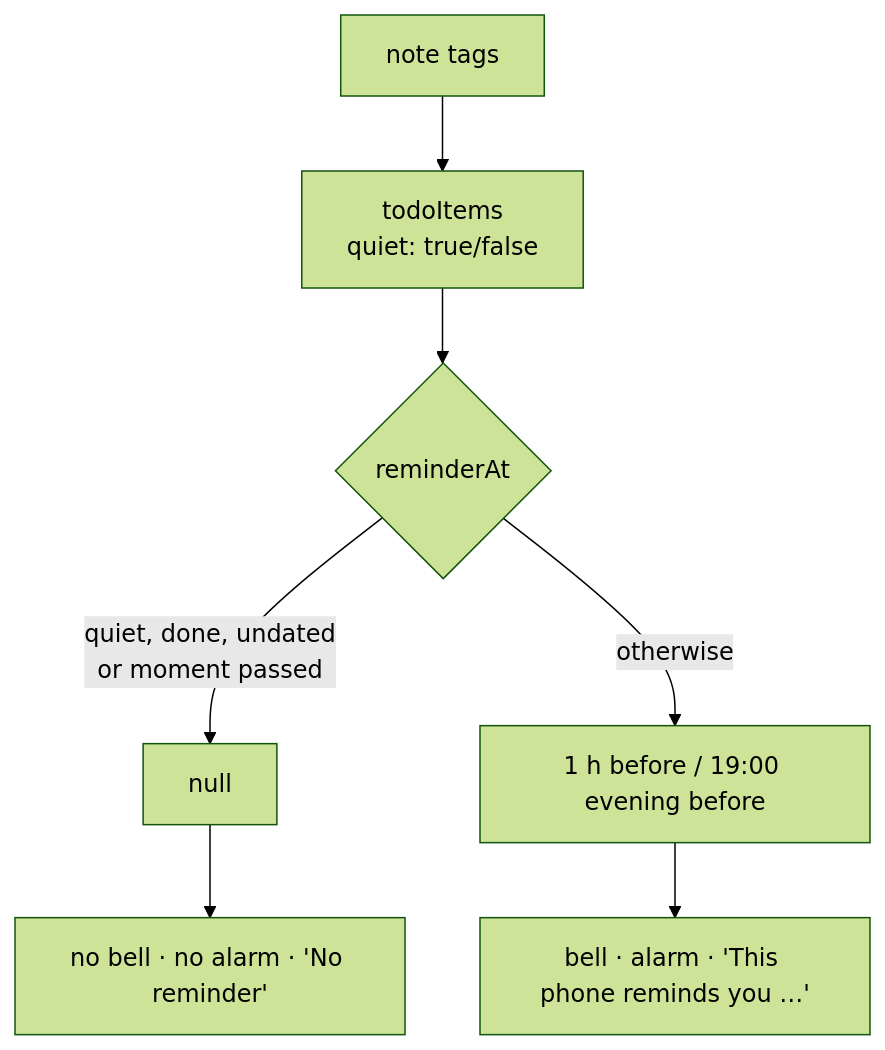
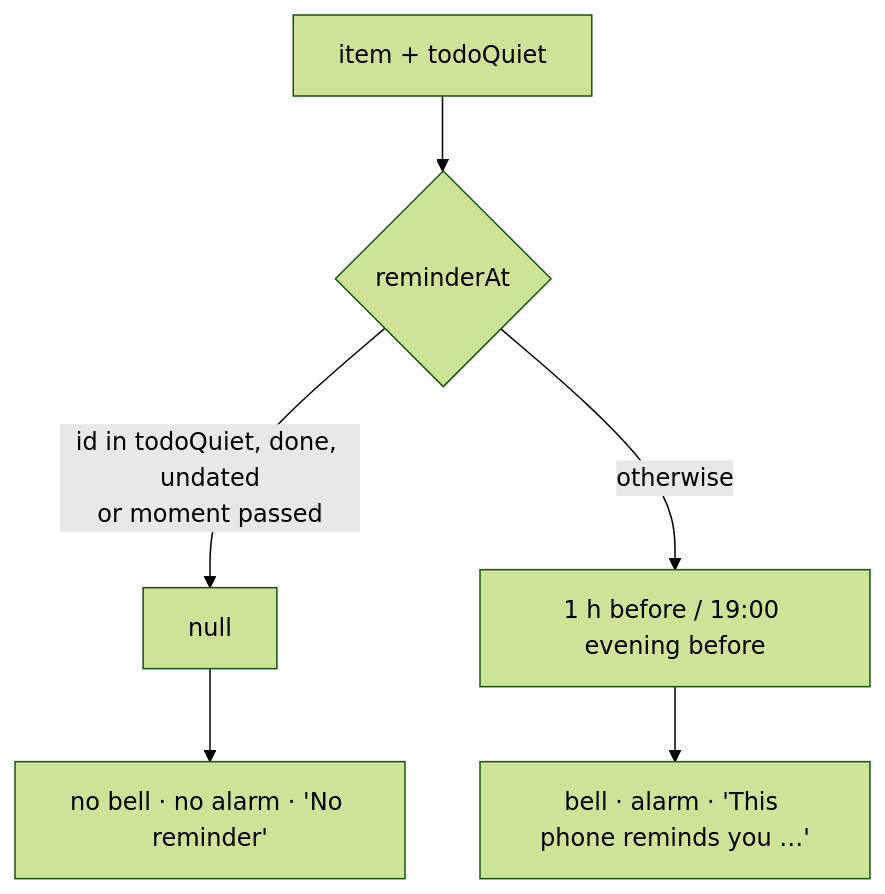
One commit to alfredskeden/molly changed the second of 3 diagrams in plans/implan-todo-quiet/MENTAL_MODEL.md. Above: the diagram before and after it, drawn with Mermaid (forest theme). The commit also changed other lines of this file and 4 other files, not shown here.

````diff
--- a/plans/implan-todo-quiet/MENTAL_MODEL.md
+++ b/plans/implan-todo-quiet/MENTAL_MODEL.md
@@ -20,9 +21,8 @@
 ```mermaid
 flowchart TD
-  T[note tags] --> I[todoItems<br/>quiet: true/false]
-  I --> R{reminderAt}
-  R -- quiet, done, undated<br/>or moment passed --> N[null]
+  I[item + todoQuiet] --> R{reminderAt}
+  R -- id in todoQuiet, done, undated<br/>or moment passed --> N[null]
   R -- otherwise --> A[1 h before / 19:00 evening before]
   N --> X[no bell · no alarm · 'No reminder']
   A --> Y[bell · alarm · 'This phone reminds you …']
 ```
````
